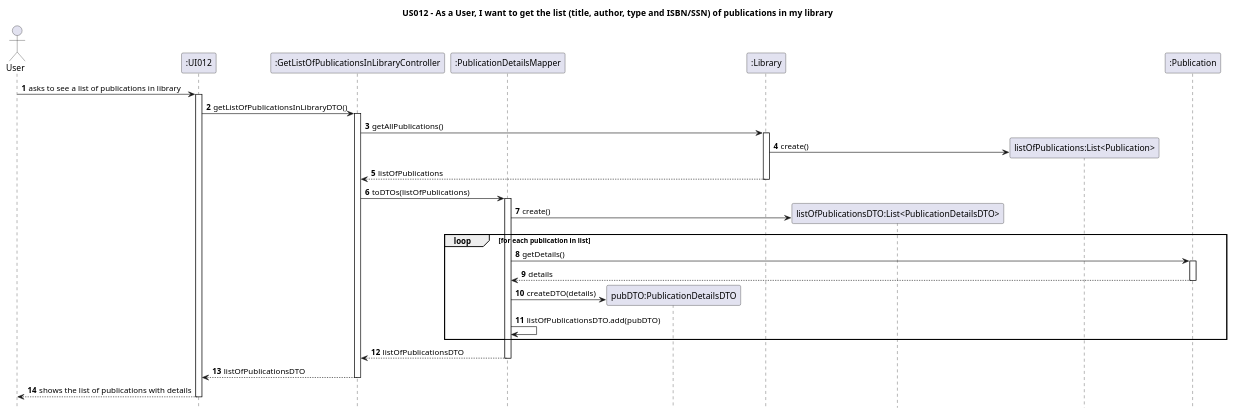
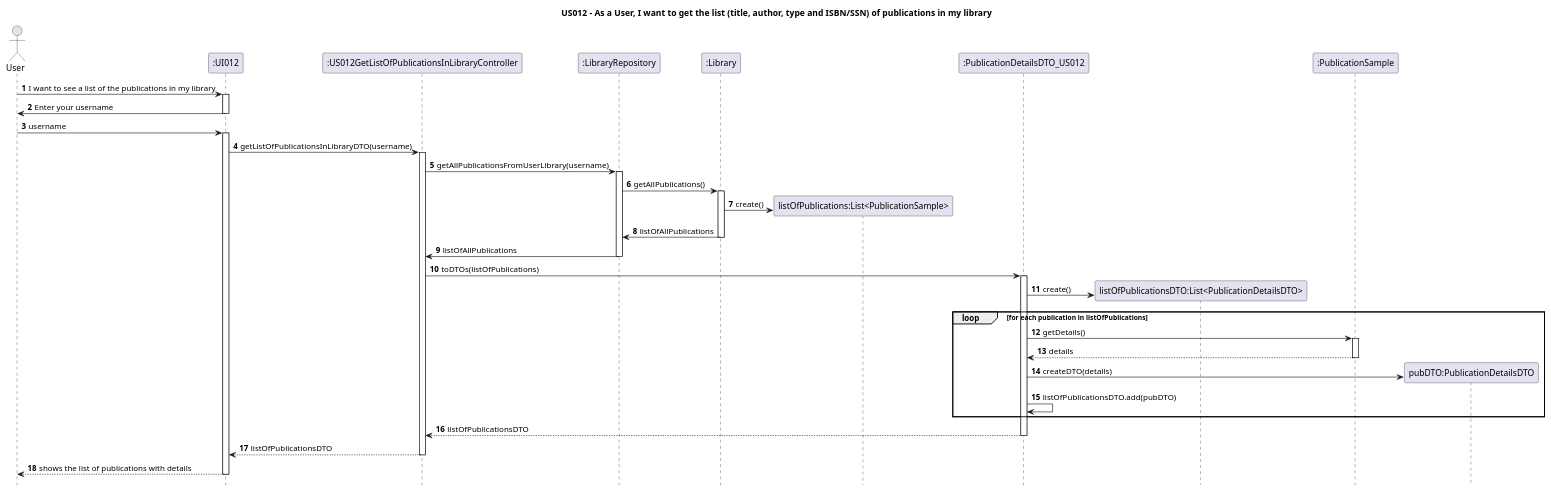
Before and after one commit to AndrePereiraGitH/SWitCH-Project-Team_A: the diagram in Diagrams/SequenceDiagrams/N2/US012-to-get-list-of-publications-in-my-library.puml, drawn with PlantUML. The commit also changed 8 other files, not shown here.

Commit message:
Working on #169, updated SSD, SD, and CD diagrams to reflect the refactored architecture introduced in US012

```diff
--- a/Diagrams/SequenceDiagrams/N2/US012-to-get-list-of-publications-in-my-library.puml
+++ b/Diagrams/SequenceDiagrams/N2/US012-to-get-list-of-publications-in-my-library.puml
@@ -1,72 +1,90 @@
 @startuml
 autonumber
 hide footbox
 title US012 - As a User, I want to get the list (title, author, type and ISBN/SSN) of publications in my library
 
 
 actor User
 participant ":UI012" as UI
 
 
 
-participant ":GetListOfPublicationsInLibraryController" as Ctrl
+participant ":US012GetListOfPublicationsInLibraryController" as Ctrl
 
-
-
-participant ":PublicationDetailsMapper" as Mapper
-participant "pubDTO:PublicationDetailsDTO" as DTO
-
+participant ":LibraryRepository" as libraryRepo
 
 
 participant ":Library" as LibDomain
 
+participant "listOfPublications:List<PublicationSample>" as ListPubs
+
+participant ":PublicationDetailsDTO_US012" as DTO
+
 participant "listOfPublicationsDTO:List<PublicationDetailsDTO>" as ListDTO
 
-participant "listOfPublications:List<Publication>" as ListPubs
+participant ":PublicationSample" as PubDomain
 
-participant ":Publication" as PubDomain
+participant "pubDTO:PublicationDetailsDTO" as pubDTO
 
 
 
 
 
-User -> UI : asks to see a list of publications in library
+
+
+User -> UI : I want to see a list of the publications in my library
+activate UI
+UI -> User : Enter your username
+deactivate UI
+User -> UI: username
+
 activate UI
 
-UI -> Ctrl: getListOfPublicationsInLibraryDTO()
+UI -> Ctrl: getListOfPublicationsInLibraryDTO(username)
 activate Ctrl
-Ctrl -> LibDomain: getAllPublications()
+Ctrl -> libraryRepo: getAllPublicationsFromUserLibrary(username)
+
+activate libraryRepo
+
+libraryRepo -> LibDomain : getAllPublications()
+
 activate LibDomain
 
 LibDomain -> ListPubs **: create()
 
-LibDomain --> Ctrl: listOfPublications
+LibDomain -> libraryRepo : listOfAllPublications
+
 deactivate LibDomain
 
 
-Ctrl -> Mapper: toDTOs(listOfPublications)
+libraryRepo -> Ctrl: listOfAllPublications
 
-activate Mapper
-Mapper -> ListDTO **: create()
+deactivate libraryRepo
 
 
-    loop for each publication in list
-        Mapper -> PubDomain: getDetails()
+Ctrl -> DTO: toDTOs(listOfPublications)
+
+activate DTO
+DTO -> ListDTO **: create()
+
+
+    loop for each publication in listOfPublications
+        DTO -> PubDomain: getDetails()
         activate PubDomain
-        PubDomain --> Mapper: details
+        PubDomain --> DTO: details
         deactivate PubDomain
 
-        Mapper -> DTO ** : createDTO(details)
-       
-        Mapper -> Mapper: listOfPublicationsDTO.add(pubDTO)
+        DTO -> pubDTO** : createDTO(details)
+
+        DTO -> DTO: listOfPublicationsDTO.add(pubDTO)
     end
 
-Mapper --> Ctrl: listOfPublicationsDTO
-deactivate Mapper
+DTO --> Ctrl: listOfPublicationsDTO
+deactivate DTO
 
 Ctrl --> UI: listOfPublicationsDTO
 deactivate Ctrl
 
 UI --> User : shows the list of publications with details
 deactivate UI
 @enduml
```
